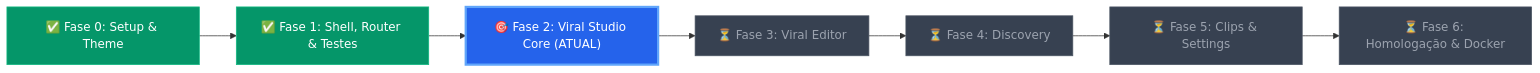
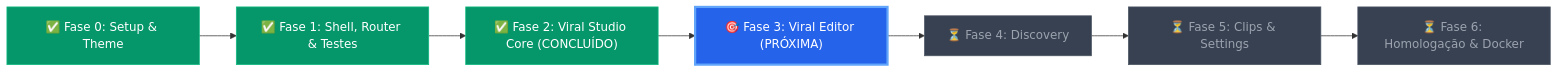
Before and after one commit to luis-henrique-carvalho/viralforge: the diagram in docs/plano-migracao-frontend.md, drawn with Mermaid. The commit also changed other lines of this file and 63 other files, not shown here.

Commit message:
feat: add viral-studio feature with components, views, hooks, and tests

````diff
--- a/docs/plano-migracao-frontend.md
+++ b/docs/plano-migracao-frontend.md
@@ -218,17 +218,17 @@
 ```mermaid
 flowchart LR
     Fase0["✅ Fase 0: Setup & Theme"] --> Fase1["✅ Fase 1: Shell, Router & Testes"]
-    Fase1 --> Fase2["🎯 Fase 2: Viral Studio Core (ATUAL)"]
-    Fase2 --> Fase3["⏳ Fase 3: Viral Editor"]
+    Fase1 --> Fase2["✅ Fase 2: Viral Studio Core (CONCLUÍDO)"]
+    Fase2 --> Fase3["🎯 Fase 3: Viral Editor (PRÓXIMA)"]
     Fase3 --> Fase4["⏳ Fase 4: Discovery"]
     Fase4 --> Fase5["⏳ Fase 5: Clips & Settings"]
     Fase5 --> Fase6["⏳ Fase 6: Homologação & Docker"]
 
     classDef completed fill:#059669,stroke:#10b981,color:#ffffff;
     classDef current fill:#2563eb,stroke:#60a5fa,color:#ffffff,stroke-width:3px;
     classDef pending fill:#374151,stroke:#4b5563,color:#9ca3af;
 
-    class Fase0,Fase1 completed;
-    class Fase2 current;
-    class Fase3,Fase4,Fase5,Fase6 pending;
+    class Fase0,Fase1,Fase2 completed;
+    class Fase3 current;
+    class Fase4,Fase5,Fase6 pending;
 ```
````
